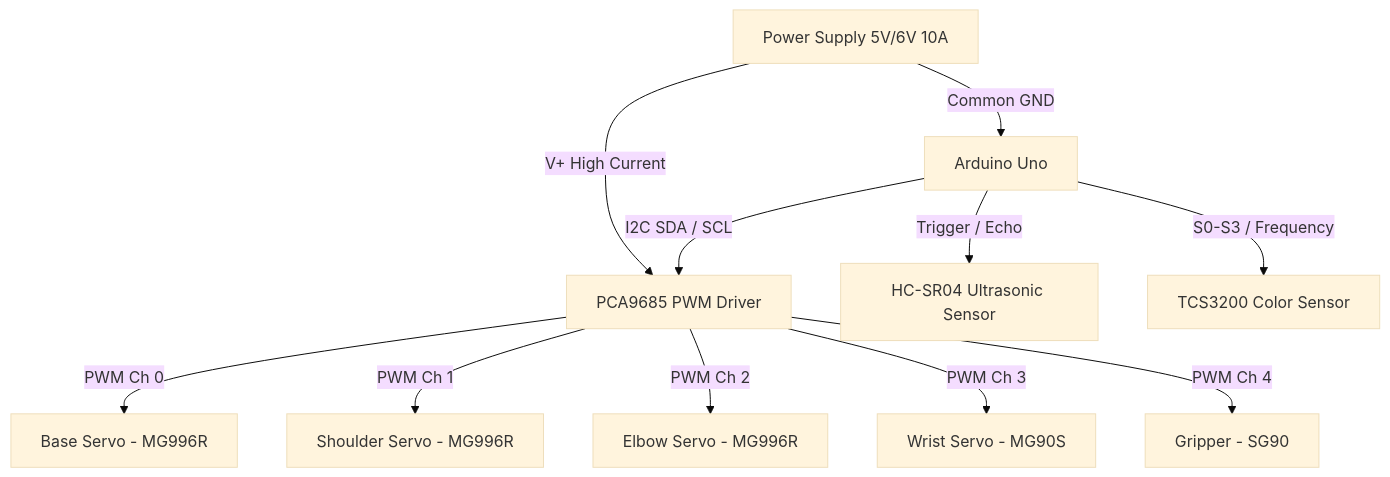
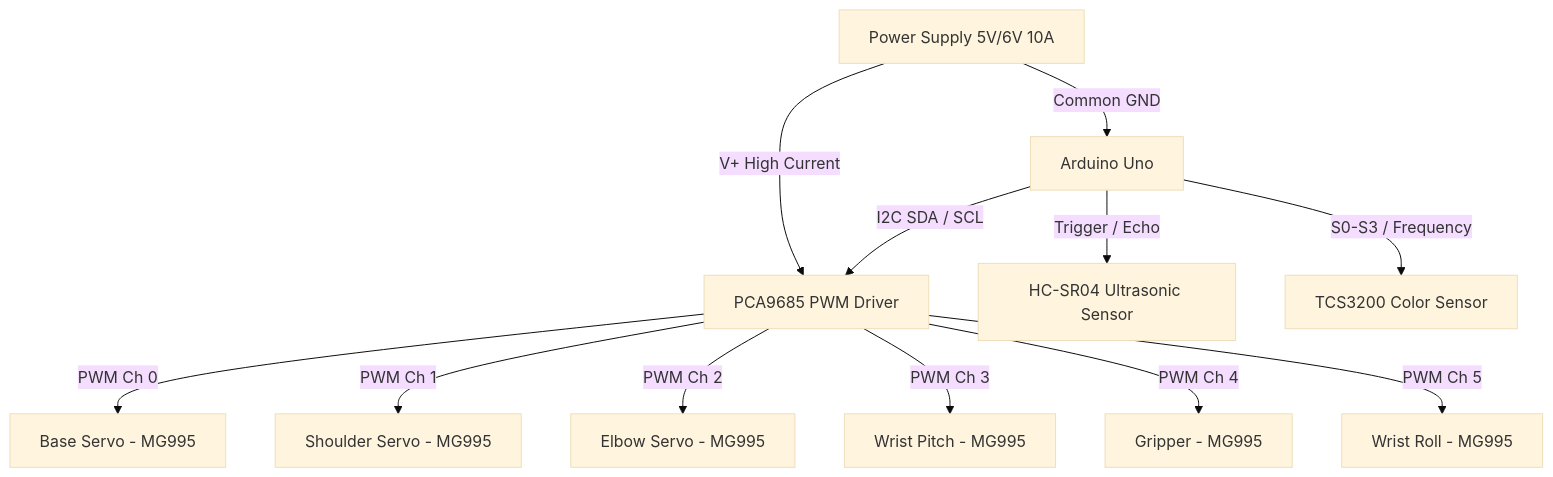
One commit to saumyadebug/robotic-arm-pick-and-place changed the diagram in docs/system_architecture.md. Above: the diagram before and after it, drawn with Mermaid (base theme). The commit also changed 16 other files, not shown here.

````diff
--- a/docs/system_architecture.md
+++ b/docs/system_architecture.md
@@ -3,13 +3,14 @@
 ```mermaid
 graph TD
     A[Power Supply 5V/6V 10A] -->|V+ High Current| B[PCA9685 PWM Driver]
     C[Arduino Uno] -->|I2C SDA / SCL| B
     C -->|Trigger / Echo| D[HC-SR04 Ultrasonic Sensor]
     C -->|S0-S3 / Frequency| E[TCS3200 Color Sensor]
-    B -->|PWM Ch 0| F[Base Servo - MG996R]
-    B -->|PWM Ch 1| G[Shoulder Servo - MG996R]
-    B -->|PWM Ch 2| H[Elbow Servo - MG996R]
-    B -->|PWM Ch 3| I[Wrist Servo - MG90S]
-    B -->|PWM Ch 4| J[Gripper - SG90]
+    B -->|PWM Ch 0| F[Base Servo - MG995]
+    B -->|PWM Ch 1| G[Shoulder Servo - MG995]
+    B -->|PWM Ch 2| H[Elbow Servo - MG995]
+    B -->|PWM Ch 3| I[Wrist Pitch - MG995]
+    B -->|PWM Ch 4| J[Gripper - MG995]
+    B -->|PWM Ch 5| K[Wrist Roll - MG995]
     A -->|Common GND| C
 ```
````
